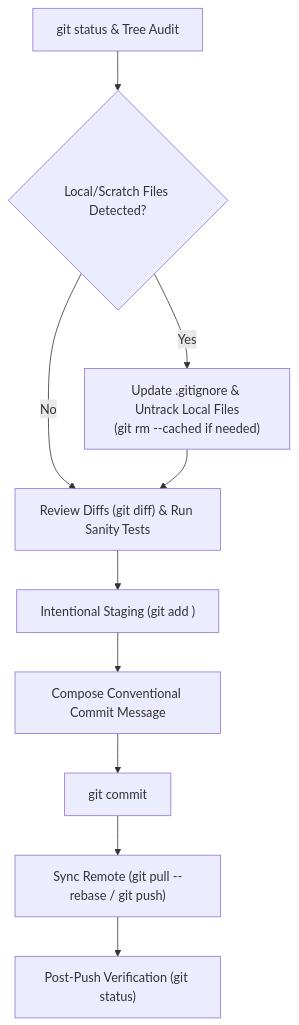
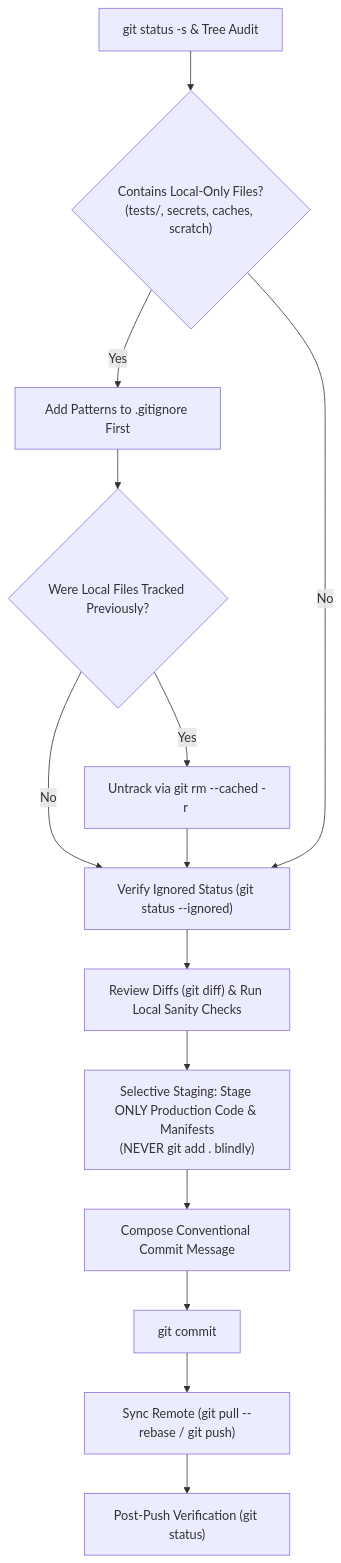
One commit to henryhyunwookim/agent-skills-and-policies changed the diagram in safe-git-commit/SKILL.md. Above: the diagram before and after it, drawn with Mermaid. The commit also changed other lines of this file, not shown here.

First line of the commit message:
fix(skills): blacklist local tests and enforce strict .gitignore hygiene

````diff
--- a/safe-git-commit/SKILL.md
+++ b/safe-git-commit/SKILL.md
@@ -14,12 +46,16 @@
 ```mermaid
 flowchart TD
-    A["git status & Tree Audit"] --> B{"Local/Scratch Files Detected?"}
-    B -->|Yes| C["Update .gitignore & Untrack Local Files\n(git rm --cached if needed)"]
-    B -->|No| D["Review Diffs (git diff) & Run Sanity Tests"]
-    C --> D
-    D --> E["Intentional Staging (git add <targets>)"]
-    E --> F["Compose Conventional Commit Message"]
-    F --> G["git commit"]
-    G --> H["Sync Remote (git pull --rebase / git push)"]
-    H --> I["Post-Push Verification (git status)"]
+    A["git status -s & Tree Audit"] --> B{"Contains Local-Only Files?\n(tests/, secrets, caches, scratch)"}
+    B -->|Yes| C["Add Patterns to .gitignore First"]
+    C --> D{"Were Local Files Tracked Previously?"}
+    D -->|Yes| E["Untrack via git rm --cached -r <path>"]
+    D -->|No| F["Verify Ignored Status (git status --ignored)"]
+    E --> F
+    B -->|No| F
+    F --> G["Review Diffs (git diff) & Run Local Sanity Checks"]
+    G --> H["Selective Staging: Stage ONLY Production Code & Manifests\n(NEVER git add . blindly)"]
+    H --> I["Compose Conventional Commit Message"]
+    I --> J["git commit"]
+    J --> K["Sync Remote (git pull --rebase / git push)"]
+    K --> L["Post-Push Verification (git status)"]
 ```
````
